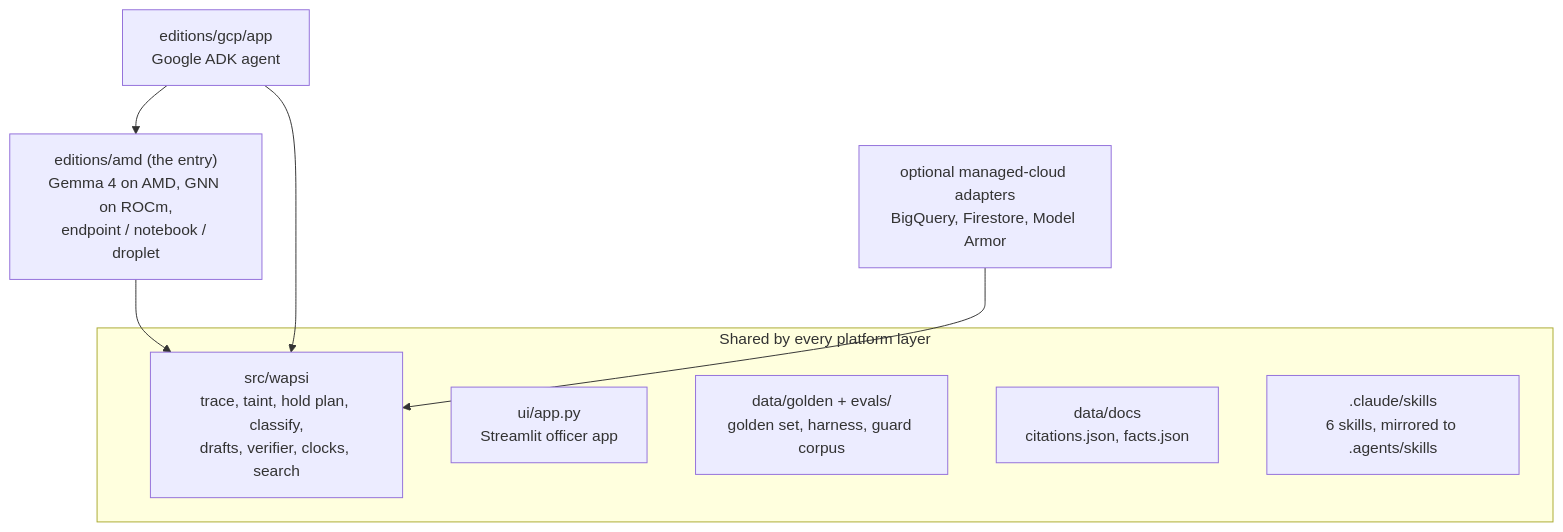
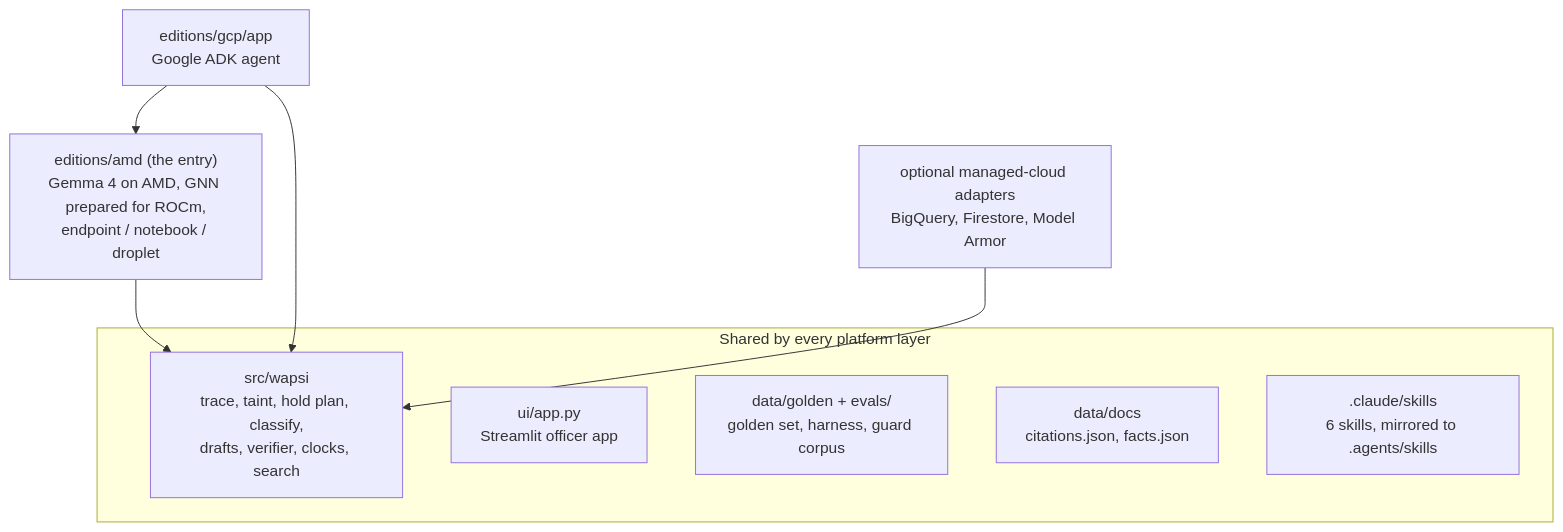
The diagram in docs/editions.md (GODOSTROYER/wapsi), drawn with Mermaid before and after one commit. The commit also changed other lines of this file and 78 other files, not shown here.

````diff
--- a/docs/editions.md
+++ b/docs/editions.md
@@ -239,14 +250,14 @@
 ```mermaid
 flowchart TB
     subgraph SHARED["Shared by every platform layer"]
         CORE["src/wapsi<br/>trace, taint, hold plan, classify,<br/>drafts, verifier, clocks, search"]
         UI["ui/app.py<br/>Streamlit officer app"]
         GOLD["data/golden + evals/<br/>golden set, harness, guard corpus"]
         DOCS["data/docs<br/>citations.json, facts.json"]
         SK[".claude/skills<br/>6 skills, mirrored to .agents/skills"]
     end
-    AM["editions/amd (the entry)<br/>Gemma 4 on AMD, GNN on ROCm,<br/>endpoint / notebook / droplet"] --> CORE
+    AM["editions/amd (the entry)<br/>Gemma 4 on AMD, GNN prepared for ROCm,<br/>endpoint / notebook / droplet"] --> CORE
     AG["editions/gcp/app<br/>Google ADK agent"] --> CORE
     AG --> AM
     GC["optional managed-cloud adapters<br/>BigQuery, Firestore, Model Armor"] --> CORE
 ```
````
